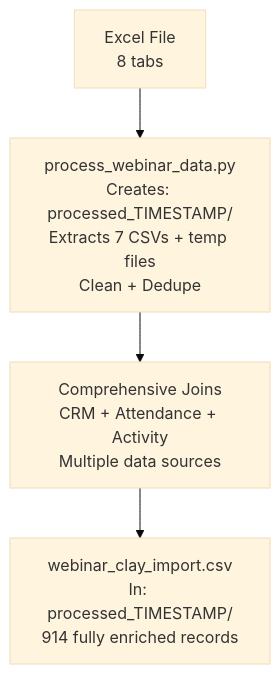
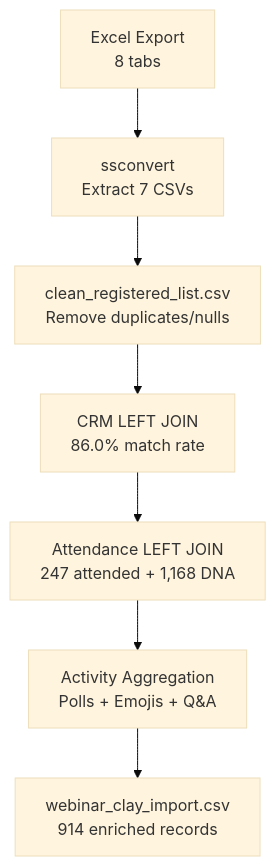
The first of 3 diagrams in README.md (frankterpo/clay_gtm), drawn with Mermaid (base theme) before and after one commit. The commit also changed other lines of this file, not shown here.

First line of the commit message:
🧹 CLEAN README.MD - Remove mess, repetition, fluff

````diff
--- a/README.md
+++ b/README.md
@@ -39,6 +19,9 @@
 ```mermaid
 flowchart TD
-    A[Excel File<br/>8 tabs] --> B[process_webinar_data.py<br/>Creates: processed_TIMESTAMP/<br/>Extracts 7 CSVs + temp files<br/>Clean + Dedupe]
-    B --> C[Comprehensive Joins<br/>CRM + Attendance + Activity<br/>Multiple data sources]
-    C --> D[webinar_clay_import.csv<br/>In: processed_TIMESTAMP/<br/>914 fully enriched records]
+    A[Excel Export<br/>8 tabs] --> B[ssconvert<br/>Extract 7 CSVs]
+    B --> C[clean_registered_list.csv<br/>Remove duplicates/nulls]
+    C --> D[CRM LEFT JOIN<br/>86.0% match rate]
+    D --> E[Attendance LEFT JOIN<br/>247 attended + 1,168 DNA]
+    E --> F[Activity Aggregation<br/>Polls + Emojis + Q&A]
+    F --> G[webinar_clay_import.csv<br/>914 enriched records]
 ```
````
